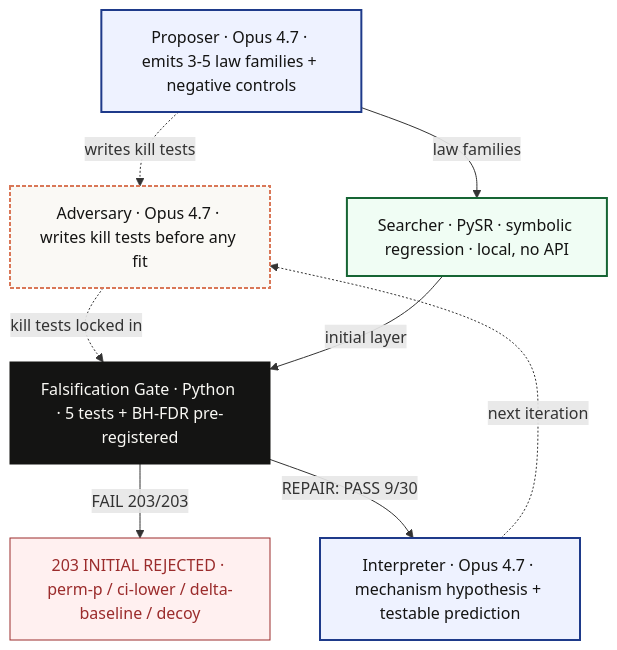
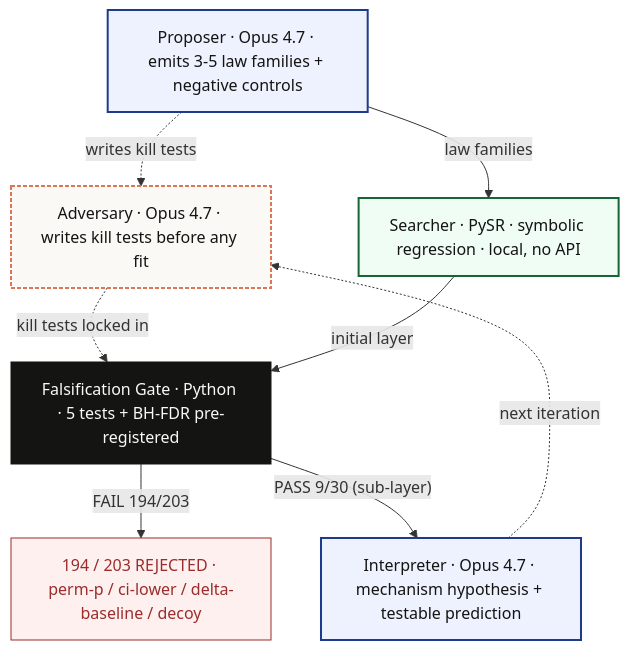
The diagram in README.md (jang1563/lacuna-falsification), drawn with Mermaid before and after one commit. The commit also changed other lines of this file and 7 other files, not shown here.

````diff
--- a/README.md
+++ b/README.md
@@ -135,23 +136,23 @@
 ```mermaid
 flowchart TB
     classDef opus      fill:#eef2ff,stroke:#1e3a8a,stroke-width:2px,color:#141413
     classDef adversary fill:#faf9f5,stroke:#d97757,stroke-width:2px,stroke-dasharray:4 2,color:#141413
     classDef gate      fill:#141413,stroke:#141413,color:#faf9f5
     classDef fail      fill:#fff0f0,stroke:#9b2c2c,color:#9b2c2c
     classDef local     fill:#f0fdf4,stroke:#166534,stroke-width:2px,color:#141413
 
     Sk[Adversary · Opus 4.7 · writes kill tests before any fit]:::adversary
     P[Proposer · Opus 4.7 · emits 3-5 law families + negative controls]:::opus
     Sr[Searcher · PySR · symbolic regression · local, no API]:::local
     G[Falsification Gate · Python · 5 tests + BH-FDR pre-registered]:::gate
-    F[203 INITIAL REJECTED · perm-p / ci-lower / delta-baseline / decoy]:::fail
+    F[194 / 203 REJECTED · perm-p / ci-lower / delta-baseline / decoy]:::fail
     I[Interpreter · Opus 4.7 · mechanism hypothesis + testable prediction]:::opus
 
     Sk -. "kill tests locked in" .-> G
     P -. "writes kill tests" .-> Sk
     P -- "law families" --> Sr
     Sr -- "initial layer" --> G
-    G -- "FAIL 203/203" --> F
-    G -- "REPAIR: PASS 9/30" --> I
+    G -- "FAIL 194/203" --> F
+    G -- "PASS 9/30 (sub-layer)" --> I
     I -. "next iteration" .-> Sk
 ```
````
